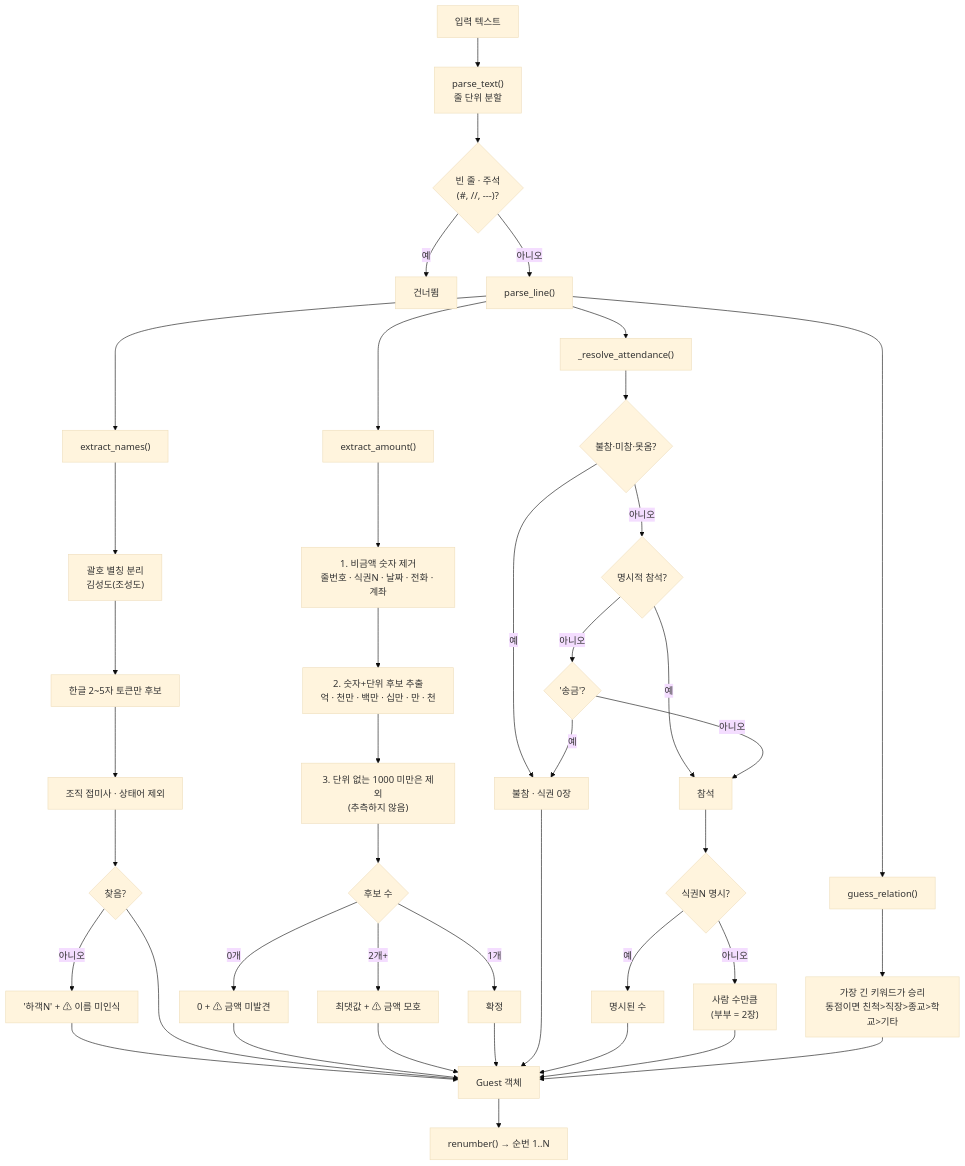
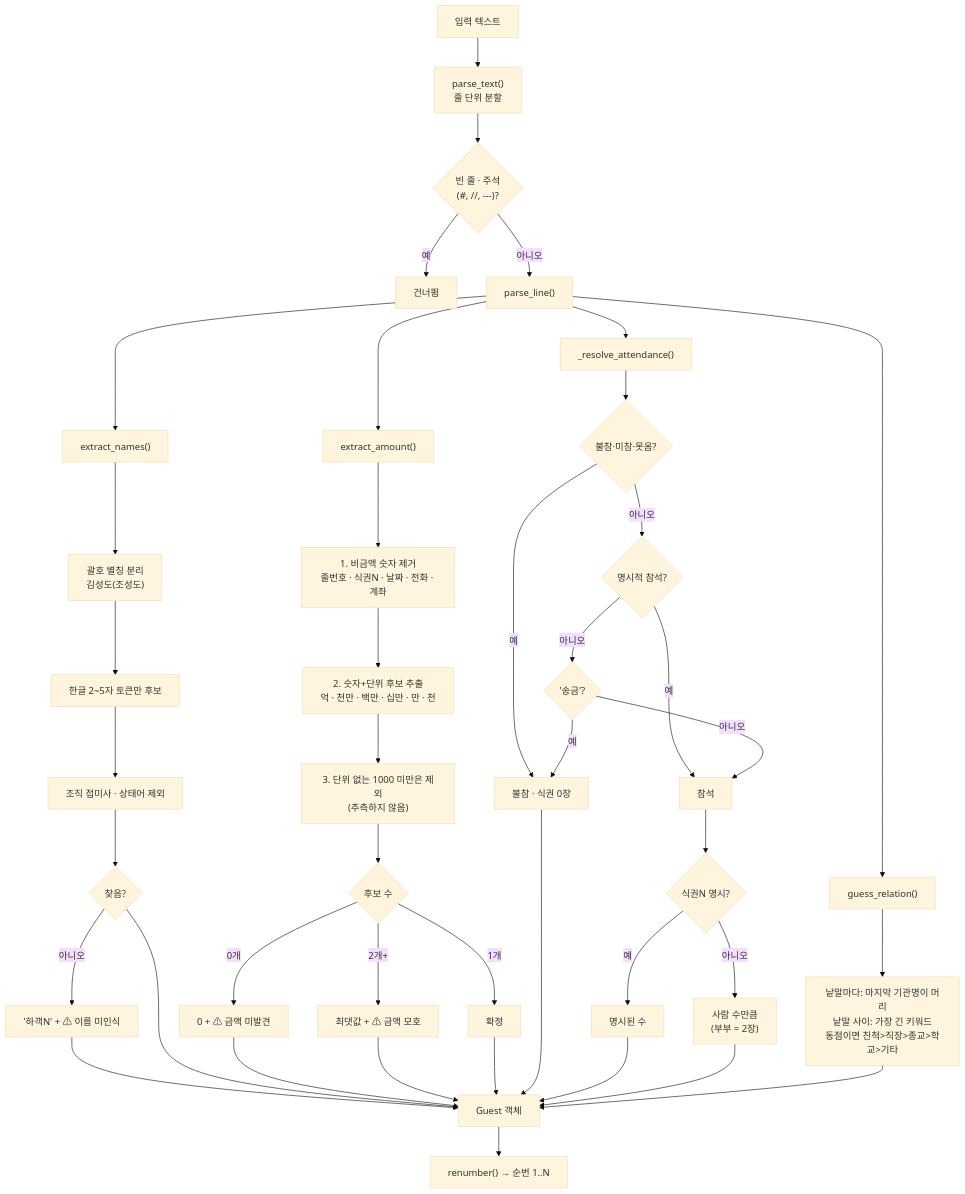
Before and after one commit to gatsjy/ChuguiMaster: the second of 12 diagrams in FLOW.md, drawn with Mermaid (base theme). The commit also changed other lines of this file, not shown here.

First line of the commit message:
docs(flow): Record v2.2 behaviour changes

````diff
--- a/FLOW.md
+++ b/FLOW.md
@@ -75,43 +87,43 @@
 ```mermaid
 flowchart TD
     A["입력 텍스트"] --> B["parse_text()<br/>줄 단위 분할"]
     B --> C{"빈 줄 · 주석<br/>(#, //, ---)?"}
     C -- 예 --> Z["건너뜀"]
     C -- 아니오 --> D["parse_line()"]
 
     D --> E["extract_names()"]
     D --> F["extract_amount()"]
     D --> G["_resolve_attendance()"]
     D --> H["guess_relation()"]
 
     E --> E1["괄호 별칭 분리<br/>김성도(조성도)"]
     E1 --> E2["한글 2~5자 토큰만 후보"]
     E2 --> E3["조직 접미사 · 상태어 제외"]
     E3 --> E4{"찾음?"}
     E4 -- 아니오 --> E5["'하객N' + ⚠ 이름 미인식"]
 
     F --> F1["1. 비금액 숫자 제거<br/>줄번호 · 식권N · 날짜 · 전화 · 계좌"]
     F1 --> F2["2. 숫자+단위 후보 추출<br/>억 · 천만 · 백만 · 십만 · 만 · 천"]
     F2 --> F3["3. 단위 없는 1000 미만은 제외<br/>(추측하지 않음)"]
     F3 --> F4{"후보 수"}
     F4 -- "0개" --> F5["0 + ⚠ 금액 미발견"]
     F4 -- "2개+" --> F6["최댓값 + ⚠ 금액 모호"]
     F4 -- "1개" --> F7["확정"]
 
     G --> G1{"불참·미참·못옴?"}
     G1 -- 예 --> G2["불참 · 식권 0장"]
     G1 -- 아니오 --> G3{"명시적 참석?"}
     G3 -- 예 --> G4["참석"]
     G3 -- 아니오 --> G5{"'송금'?"}
     G5 -- 예 --> G2
     G5 -- 아니오 --> G4
 
     G4 --> T{"식권N 명시?"}
     T -- 예 --> T1["명시된 수"]
     T -- 아니오 --> T2["사람 수만큼<br/>(부부 = 2장)"]
 
-    H --> H1["가장 긴 키워드가 승리<br/>동점이면 친척>직장>종교>학교>기타"]
+    H --> H1["낱말마다: 마지막 기관명이 머리<br/>낱말 사이: 가장 긴 키워드<br/>동점이면 친척>직장>종교>학교>기타"]
 
     E5 & E4 & F5 & F6 & F7 & G2 & T1 & T2 & H1 --> Y["Guest 객체"]
     Y --> X["renumber() → 순번 1..N"]
 ```
````
